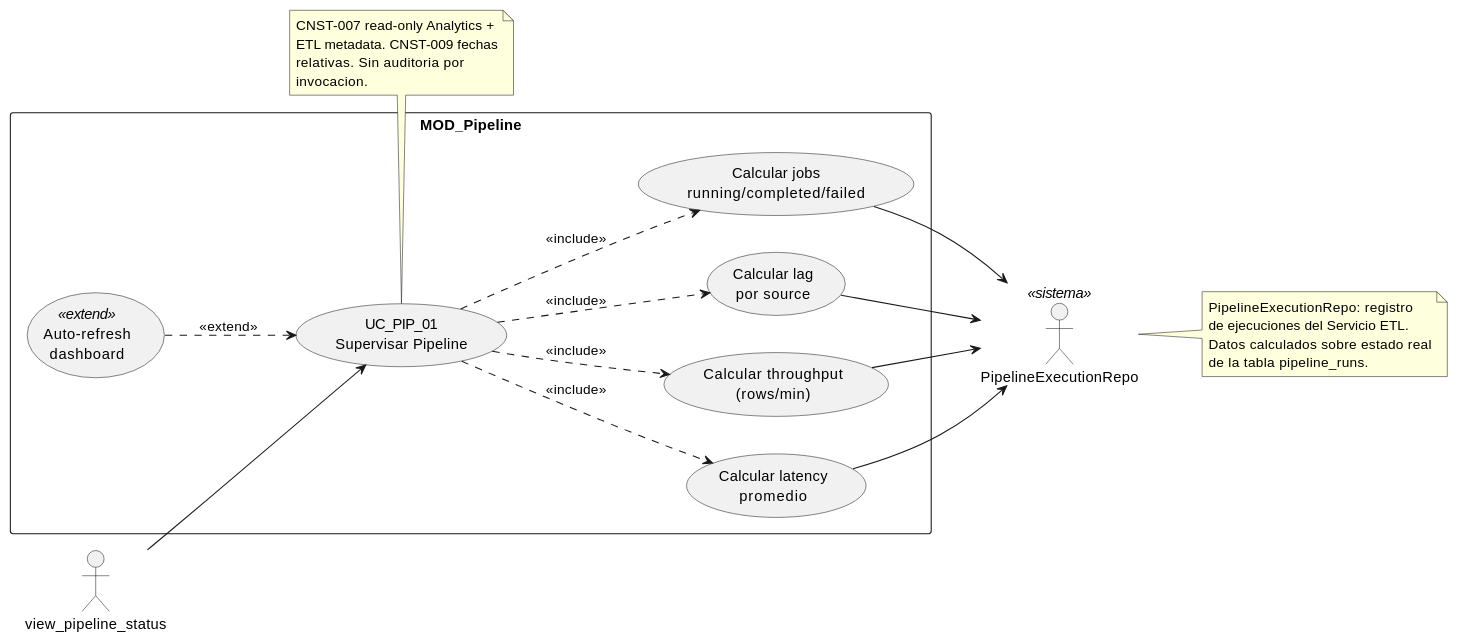
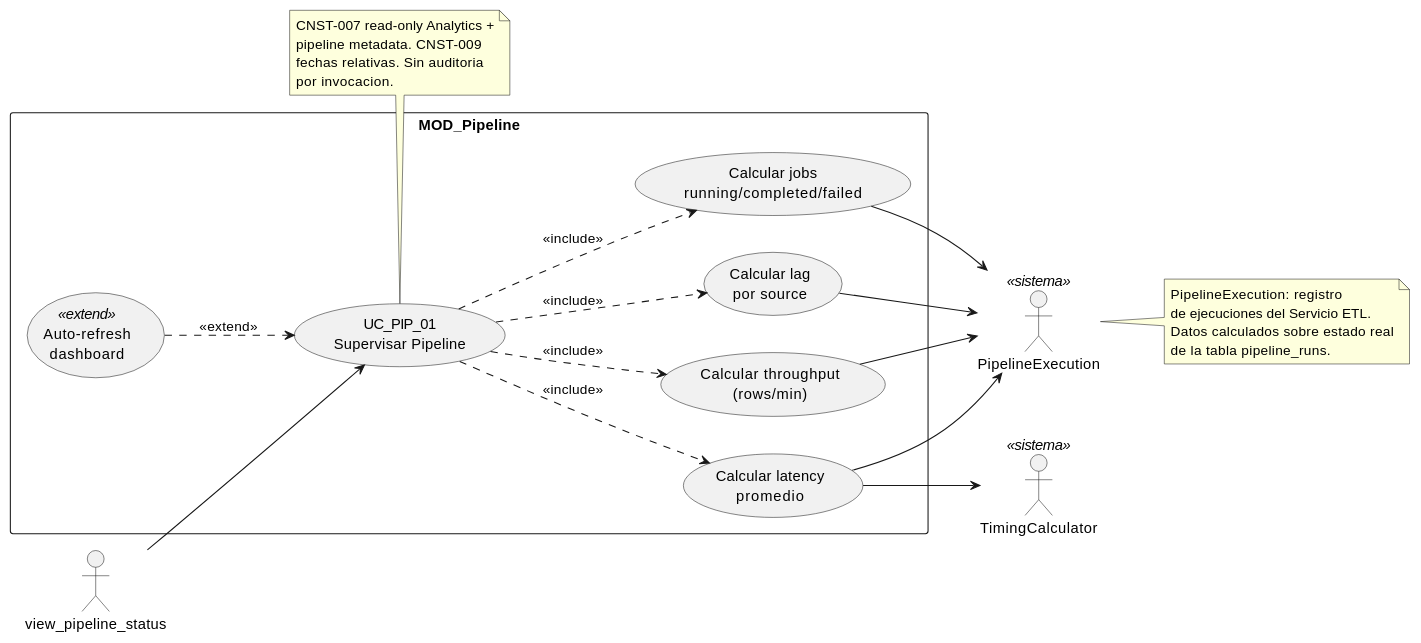
The diagram in source/requisitos/casos-uso/pipeline/uc-pip-01/diagramas-uml/diagrama-de-caso-de-uso.rst (jcg-admin/IACT-docs), drawn with PlantUML before and after one commit. The commit also changed other lines of this file and 52 other files, not shown here.

```diff
--- a/source/requisitos/casos-uso/pipeline/uc-pip-01/diagramas-uml/diagrama-de-caso-de-uso.rst
+++ b/source/requisitos/casos-uso/pipeline/uc-pip-01/diagramas-uml/diagrama-de-caso-de-uso.rst
@@ -4,46 +4,48 @@
 .. uml::
  :caption: UC_PIP_01 — actores y casos asociados
 
  @startuml
 
  left to right direction
 
  actor "view_pipeline_status" as INVOKER
- actor "PipelineExecutionRepo" as REPO <<sistema>>
+ actor "PipelineExecution" as PE <<sistema>>
+ actor "TimingCalculator" as TC <<sistema>>
 
  rectangle "MOD_Pipeline" {
    usecase "UC_PIP_01\nSupervisar Pipeline" as UC_PIP_01
    usecase "Calcular jobs\nrunning/completed/failed" as METRICA_JOBS
    usecase "Calcular lag\npor source" as METRICA_LAG
    usecase "Calcular throughput\n(rows/min)" as METRICA_TP
    usecase "Calcular latency\npromedio" as METRICA_LAT
    usecase "Auto-refresh\ndashboard" as REFRESH <<extend>>
  }
 
  INVOKER --> UC_PIP_01
  UC_PIP_01 ..> METRICA_JOBS : <<include>>
  UC_PIP_01 ..> METRICA_LAG : <<include>>
  UC_PIP_01 ..> METRICA_TP : <<include>>
  UC_PIP_01 ..> METRICA_LAT : <<include>>
  REFRESH ..> UC_PIP_01 : <<extend>>
 
- METRICA_JOBS --> REPO
- METRICA_LAG --> REPO
- METRICA_TP --> REPO
- METRICA_LAT --> REPO
+ METRICA_JOBS --> PE
+ METRICA_LAG --> PE
+ METRICA_TP --> PE
+ METRICA_LAT --> TC
+ METRICA_LAT --> PE
 
  note bottom of UC_PIP_01
    CNST-007 read-only Analytics +
-   ETL metadata. CNST-009 fechas
-   relativas. Sin auditoria por
-   invocacion.
+   pipeline metadata. CNST-009
+   fechas relativas. Sin auditoria
+   por invocacion.
  end note
 
- note right of REPO
-   PipelineExecutionRepo: registro
+ note right of PE
+   PipelineExecution: registro
    de ejecuciones del Servicio ETL.
    Datos calculados sobre estado real
    de la tabla pipeline_runs.
  end note
 
  @enduml
```
